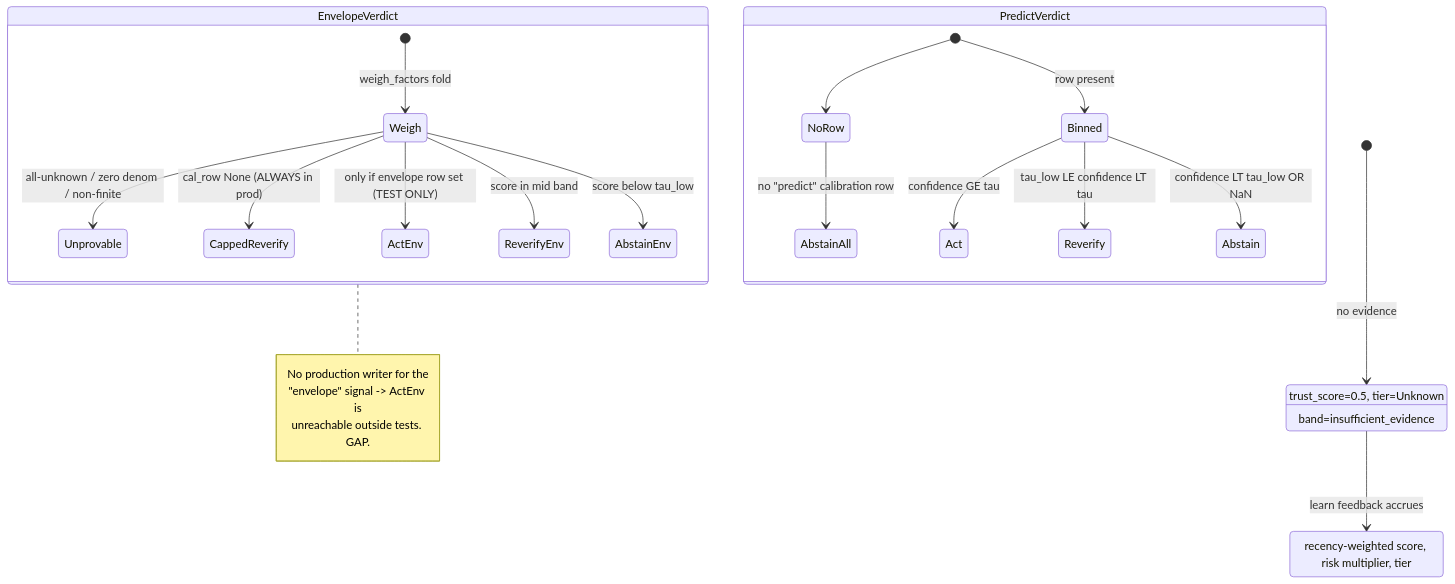
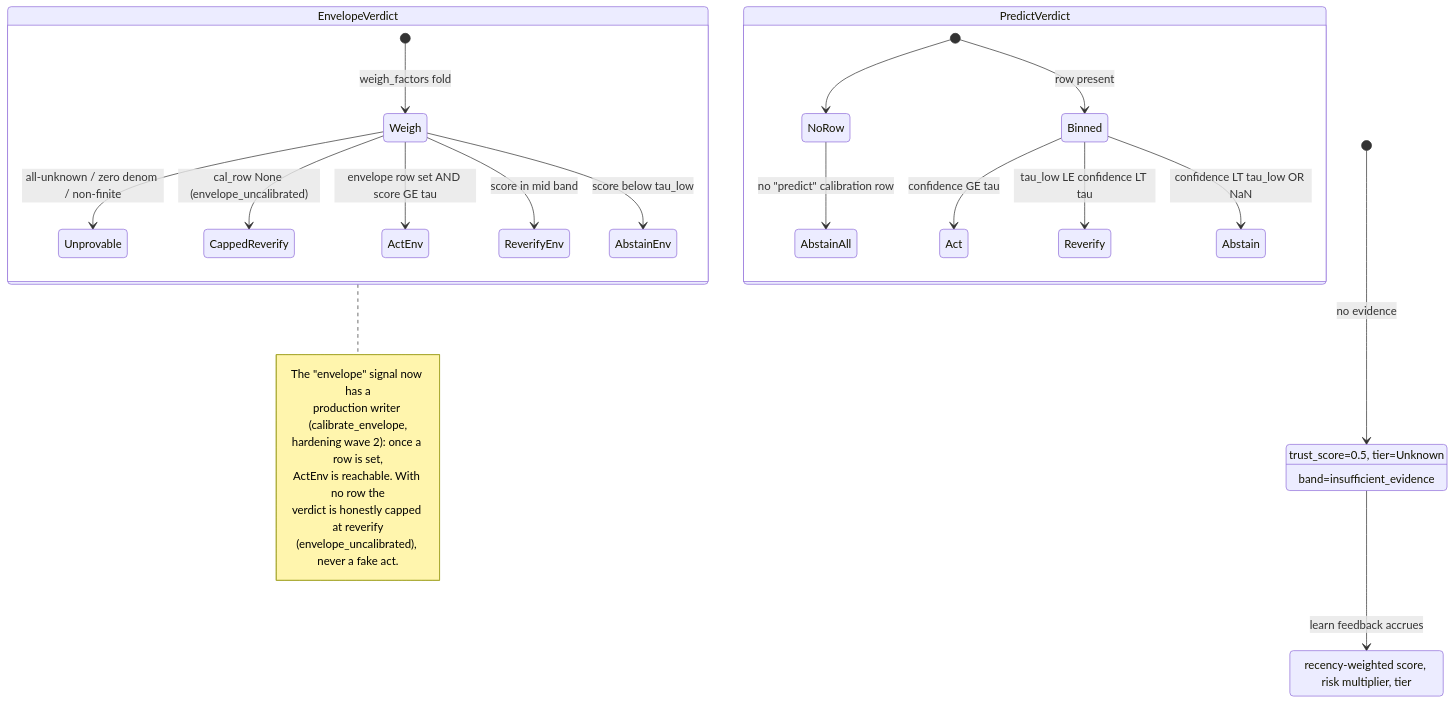
One commit to maxkle1nz/m1nd changed the third of 3 diagrams in docs/uml/trust-calibration.md. Above: the diagram before and after it, drawn with Mermaid. The commit also changed other lines of this file and 14 other files, not shown here.

First line of the commit message:
docs: bring UML atlas, sheets, README, wiki + agent surfaces current for hardening wave 2

````diff
--- a/docs/uml/trust-calibration.md
+++ b/docs/uml/trust-calibration.md
@@ -144,32 +144,35 @@
 ```mermaid
 stateDiagram-v2
     [*] --> ColdStart : no evidence
     ColdStart : trust_score=0.5, tier=Unknown
     ColdStart : band=insufficient_evidence
     ColdStart --> Evidenced : learn feedback accrues
     Evidenced : recency-weighted score, risk multiplier, tier
 
     state PredictVerdict {
         [*] --> NoRow
         NoRow --> AbstainAll : no "predict" calibration row
         [*] --> Binned : row present
         Binned --> Act : confidence GE tau
         Binned --> Reverify : tau_low LE confidence LT tau
         Binned --> Abstain : confidence LT tau_low OR NaN
     }
 
     state EnvelopeVerdict {
         [*] --> Weigh : weigh_factors fold
         Weigh --> Unprovable : all-unknown / zero denom / non-finite
-        Weigh --> CappedReverify : cal_row None (ALWAYS in prod)
-        Weigh --> ActEnv : only if envelope row set (TEST ONLY)
+        Weigh --> CappedReverify : cal_row None (envelope_uncalibrated)
+        Weigh --> ActEnv : envelope row set AND score GE tau
         Weigh --> ReverifyEnv : score in mid band
         Weigh --> AbstainEnv : score below tau_low
     }
 
     note right of EnvelopeVerdict
-        No production writer for the
-        "envelope" signal -> ActEnv is
-        unreachable outside tests. GAP.
+        The "envelope" signal now has a
+        production writer (calibrate_envelope,
+        hardening wave 2): once a row is set,
+        ActEnv is reachable. With no row the
+        verdict is honestly capped at reverify
+        (envelope_uncalibrated), never a fake act.
     end note
 ```
````
